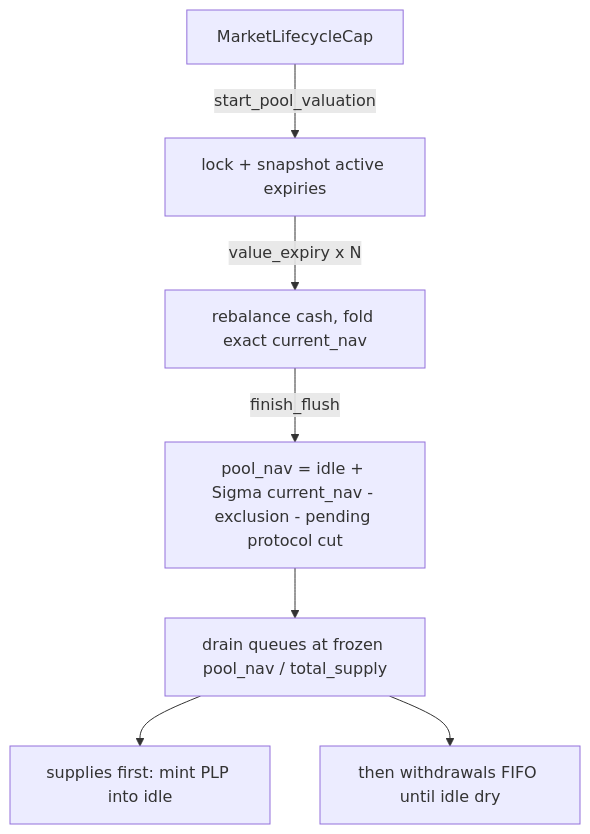
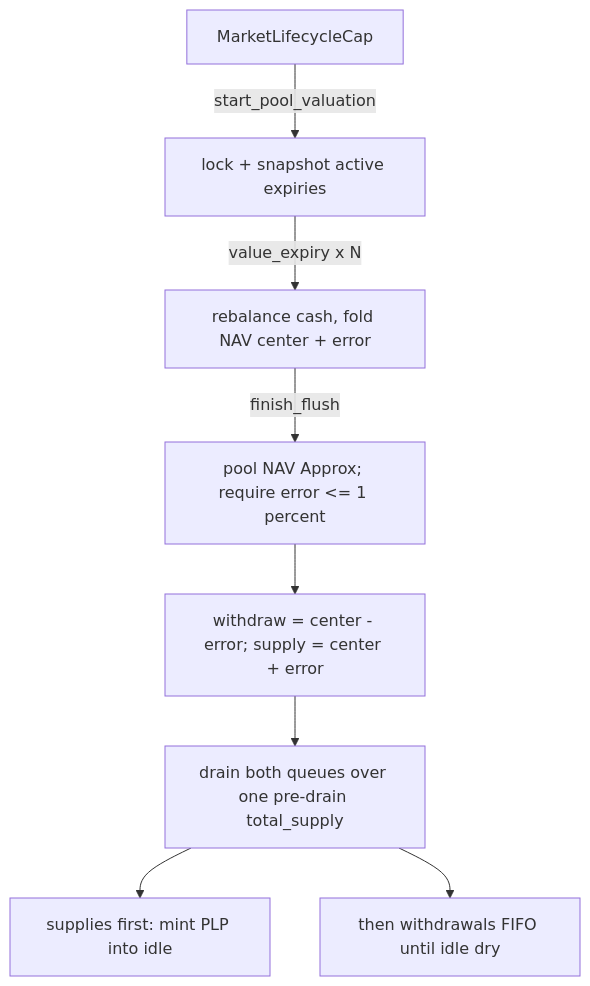
One commit to MystenLabs/deepbookv3 changed the diagram in packages/predict/docs/concepts/liquidity-and-nav.md. Above: the diagram before and after it, drawn with Mermaid. The commit also changed other lines of this file and 29 other files, not shown here.

````diff
--- a/packages/predict/docs/concepts/liquidity-and-nav.md
+++ b/packages/predict/docs/concepts/liquidity-and-nav.md
@@ -76,9 +76,10 @@
 ```mermaid
 flowchart TD
   CAP[MarketLifecycleCap] -->|start_pool_valuation| LOCK[lock + snapshot active expiries]
-  LOCK -->|value_expiry x N| EXP[rebalance cash, fold exact current_nav]
-  EXP -->|finish_flush| NAV[pool_nav = idle + Sigma current_nav - exclusion - pending protocol cut]
-  NAV --> DRAIN[drain queues at frozen pool_nav / total_supply]
+  LOCK -->|value_expiry x N| EXP[rebalance cash, fold NAV center + error]
+  EXP -->|finish_flush| NAV[pool NAV Approx; require error <= 1 percent]
+  NAV --> MARKS[withdraw = center - error; supply = center + error]
+  MARKS --> DRAIN[drain both queues over one pre-drain total_supply]
   DRAIN --> SUP[supplies first: mint PLP into idle]
   DRAIN --> WD[then withdrawals FIFO until idle dry]
 ```
````
